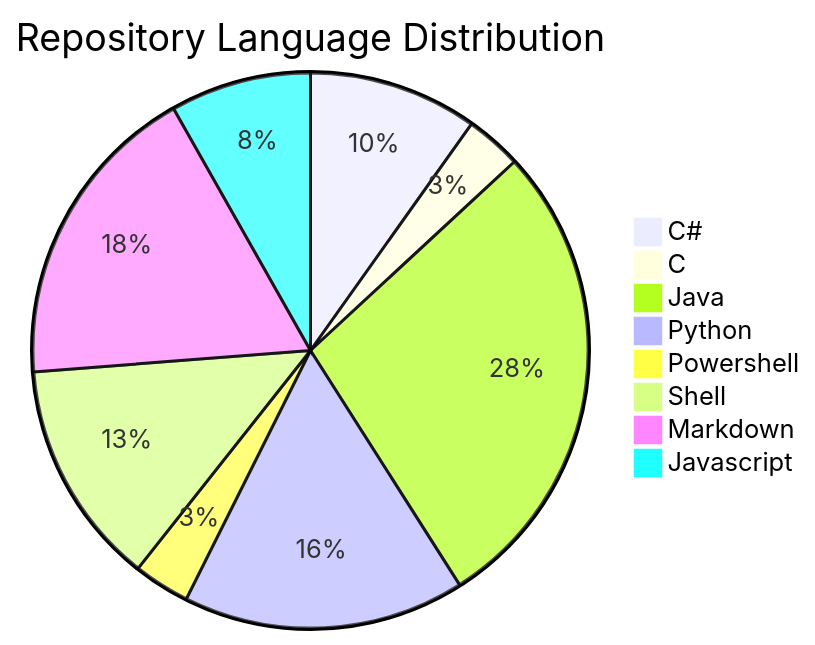
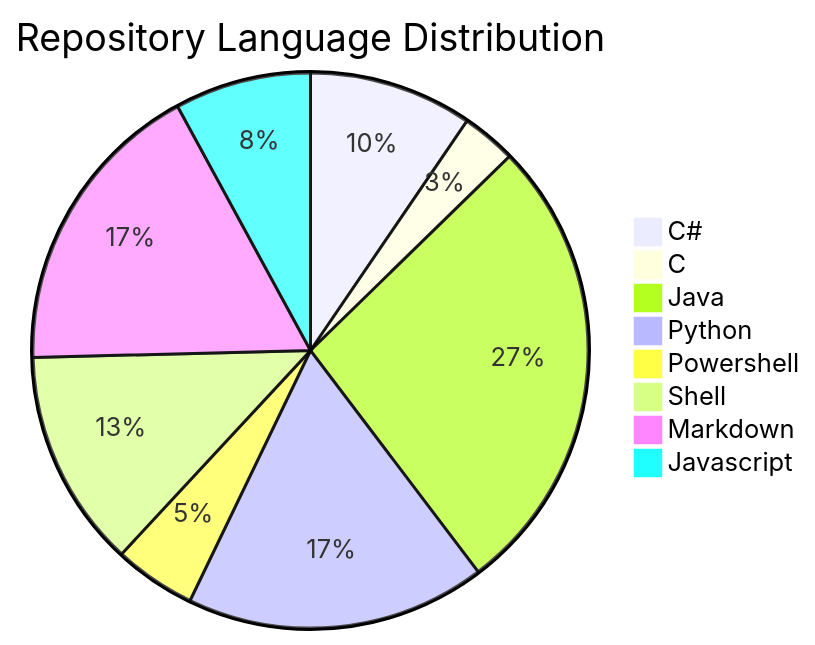
Before and after one commit to F4NT0/F4NT0: the diagram in README.md, drawn with Mermaid.

````diff
--- a/README.md
+++ b/README.md
@@ -27,11 +27,11 @@
 ```mermaid
 pie title Repository Language Distribution
     "C#" : 6
     "C": 2
     "Java" : 17
-    "Python" : 10
-    "Powershell" : 2
+    "Python" : 11
+    "Powershell" : 3
     "Shell" : 8
     "Markdown" : 11
     "Javascript" : 5
 ```
````
